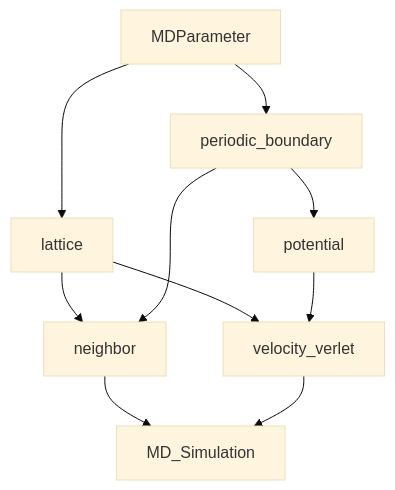
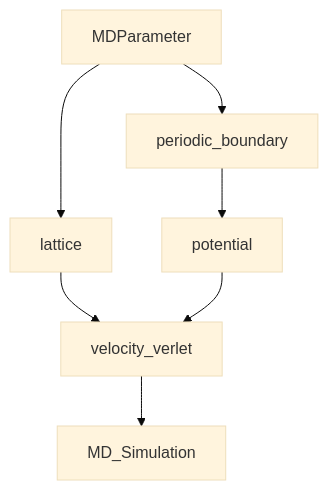
Before and after one commit to HaoranChen95/Molecular_Dynamic_Simulation: the diagram in README.md, drawn with Mermaid (base theme). The commit also changed 17 other files, not shown here.

Commit message:
MD Simulation with neighbor algo

````diff
--- a/README.md
+++ b/README.md
@@ -5,12 +5,9 @@
 ```mermaid
 graph TD
 A[MDParameter] --> B[lattice]
 A --> C[periodic_boundary]
-B --> D[neighbor]
-C --> D
 C --> E[potential]
 B --> F[velocity_verlet]
 E --> F
-D --> G[MD_Simulation]
-F --> G
+F --> G[MD_Simulation]
 ```
````
